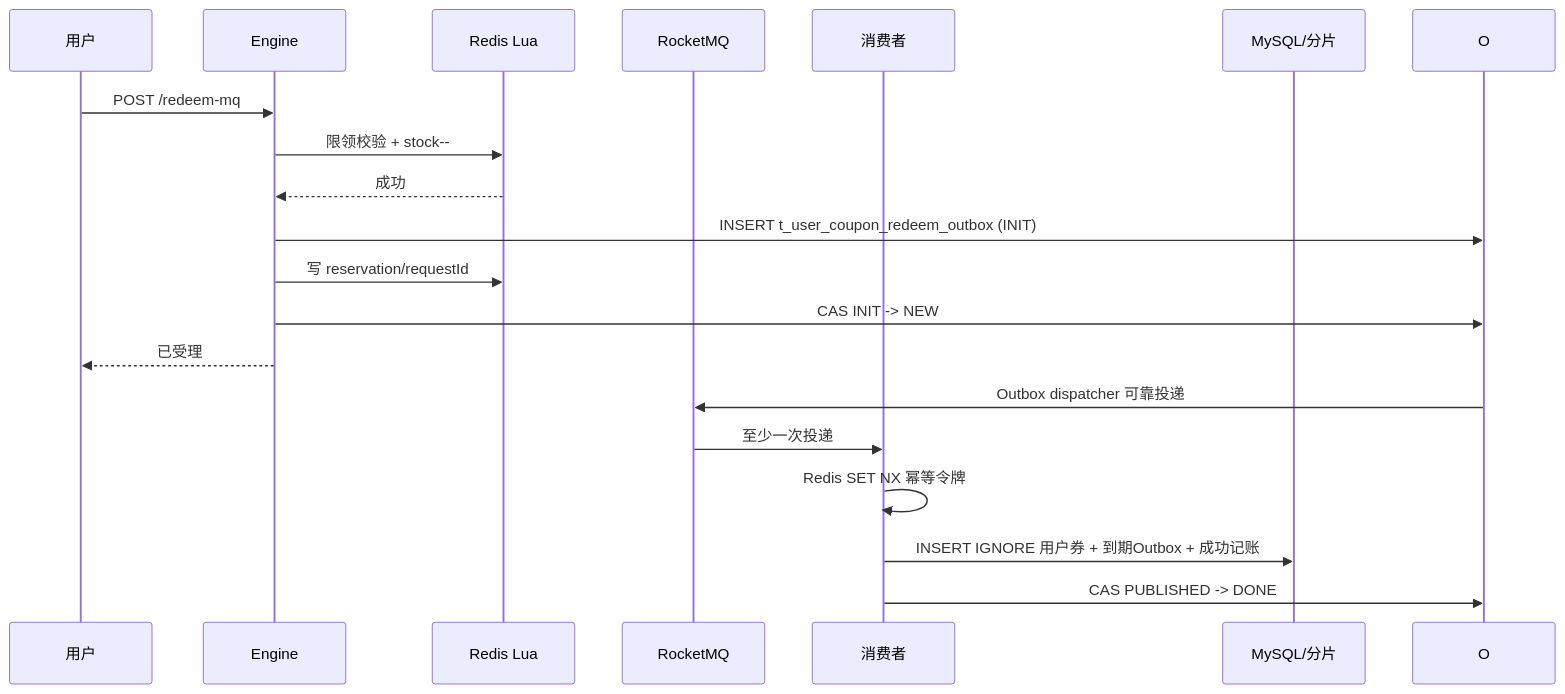
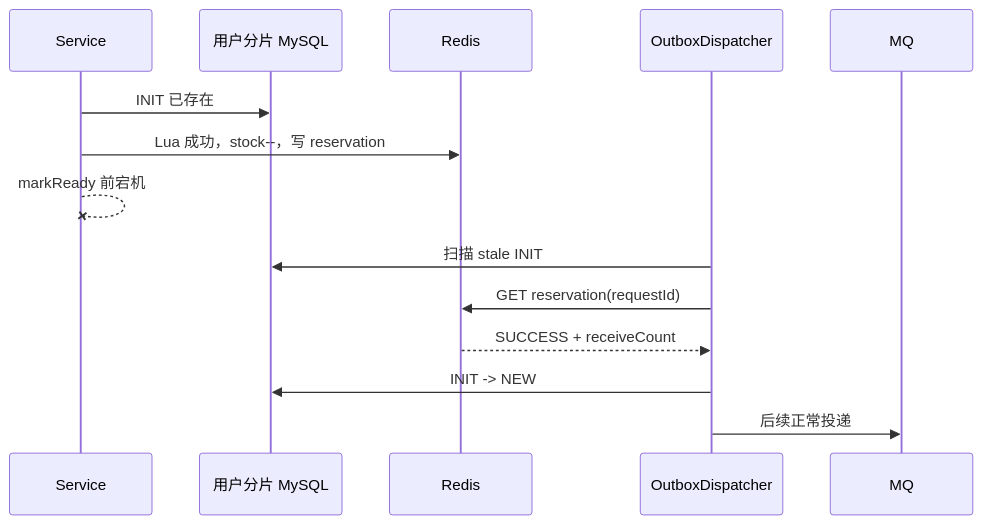
Before and after one commit to liucan752/oneCoupon: the sixth of 6 diagrams in Notes/优惠券领取秒杀高并发架构梳理.md, drawn with Mermaid. The commit also changed other lines of this file and 1 other file, not shown here.

````diff
--- a/Notes/优惠券领取秒杀高并发架构梳理.md
+++ b/Notes/优惠券领取秒杀高并发架构梳理.md
@@ -113,22 +603,16 @@
 ```mermaid
 sequenceDiagram
-    participant U as 用户
-    participant E as Engine
-    participant R as Redis Lua
-    participant Q as RocketMQ
-    participant C as 消费者
-    participant M as MySQL/分片
+    participant S as Service
+    participant DB as 用户分片 MySQL
+    participant R as Redis
+    participant D as OutboxDispatcher
 
-    U->>E: POST /redeem-mq
-    E->>R: 限领校验 + stock--
-    R-->>E: 成功
-    E->>O: INSERT t_user_coupon_redeem_outbox (INIT)
-    E->>R: 写 reservation/requestId
-    E->>O: CAS INIT -> NEW
-    E-->>U: 已受理
-    O->>Q: Outbox dispatcher 可靠投递
-    Q->>C: 至少一次投递
-    C->>C: Redis SET NX 幂等令牌
-    C->>M: INSERT IGNORE 用户券 + 到期Outbox + 成功记账
-    C->>O: CAS PUBLISHED -> DONE
+    S->>DB: INIT 已存在
+    S->>R: Lua 成功，stock--，写 reservation
+    S--xS: markReady 前宕机
+    D->>DB: 扫描 stale INIT
+    D->>R: GET reservation(requestId)
+    R-->>D: SUCCESS + receiveCount
+    D->>DB: INIT -> NEW
+    D->>MQ: 后续正常投递
 ```
````
